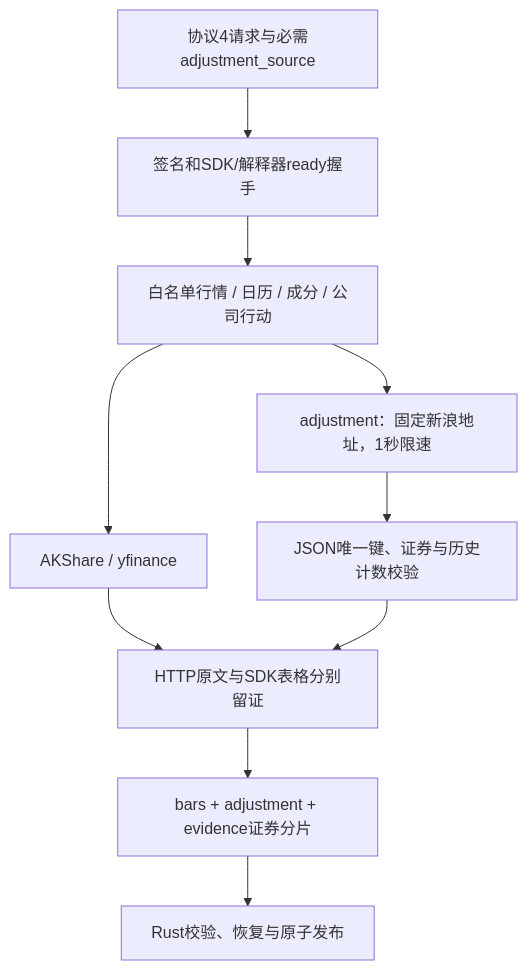
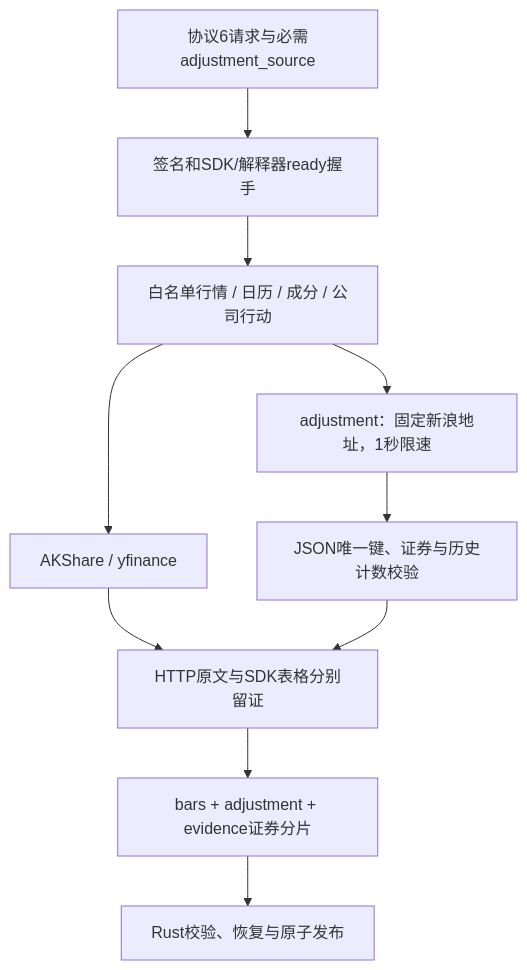
The first of 2 diagrams in crates/storage/collectors/jfquant_collectors/README.md (Dennishaha/JFQuant), drawn with Mermaid before and after one commit. The commit also changed other lines of this file and 71 other files, not shown here.

````diff
--- a/crates/storage/collectors/jfquant_collectors/README.md
+++ b/crates/storage/collectors/jfquant_collectors/README.md
@@ -7,12 +7,12 @@
 ```mermaid
 flowchart TD
-  REQ["协议4请求与必需adjustment_source"] --> MAIN["签名和SDK/解释器ready握手"]
+  REQ["协议6请求与必需adjustment_source"] --> MAIN["签名和SDK/解释器ready握手"]
   MAIN --> PROVIDERS["白名单行情 / 日历 / 成分 / 公司行动"]
   PROVIDERS --> SDK["AKShare / yfinance"]
   PROVIDERS --> FACTOR["adjustment：固定新浪地址，1秒限速"]
   FACTOR --> PARSE["JSON唯一键、证券与历史计数校验"]
   SDK --> CAPTURE["HTTP原文与SDK表格分别留证"]
   PARSE --> CAPTURE
   CAPTURE --> SHARD["bars + adjustment + evidence证券分片"]
   SHARD --> RUST["Rust校验、恢复与原子发布"]
 ```
````
